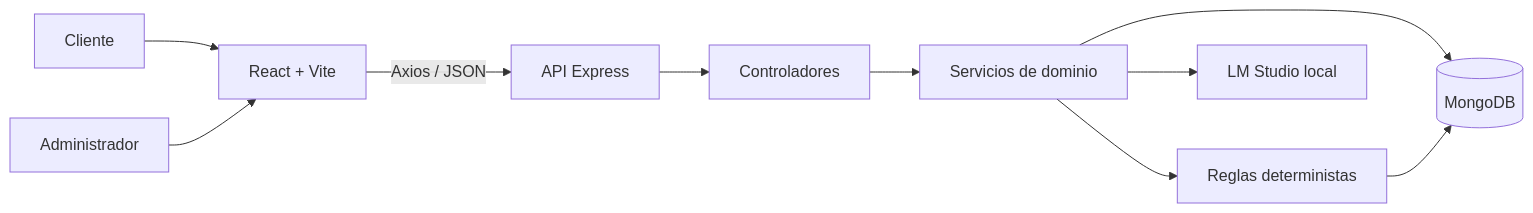
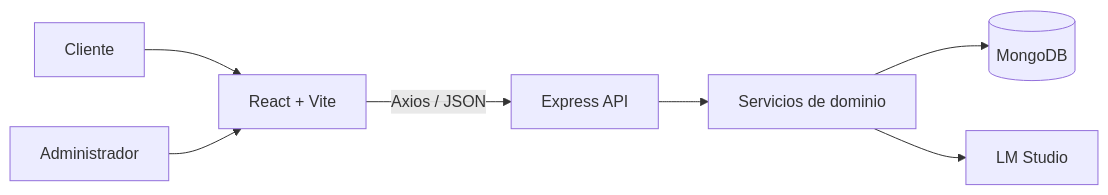
The diagram in README.md (aadrigaar/TFG_CortePerfecto), drawn with Mermaid before and after one commit. The commit also changed other lines of this file and 27 other files, not shown here.

````diff
--- a/README.md
+++ b/README.md
@@ -106,12 +113,9 @@
 ```mermaid
 flowchart LR
-    U[Cliente] --> F[React + Vite]
-    A[Administrador] --> F
-    F -->|Axios / JSON| E[API Express]
-    E --> C[Controladores]
-    C --> S[Servicios de dominio]
+    C[Cliente] --> R[React + Vite]
+    A[Administrador] --> R
+    R -->|Axios / JSON| E[Express API]
+    E --> S[Servicios de dominio]
     S --> M[(MongoDB)]
-    S --> R[Reglas deterministas]
-    S --> L[LM Studio local]
-    R --> M
+    S --> L[LM Studio]
 ```
````
